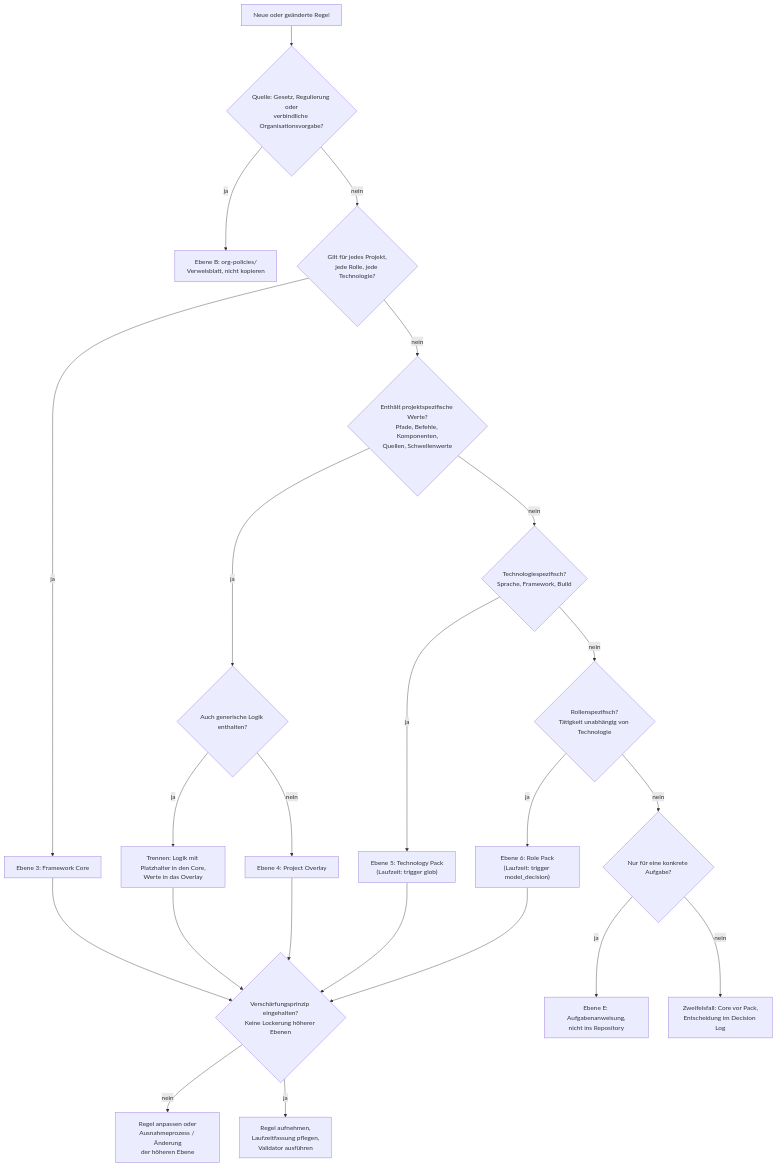
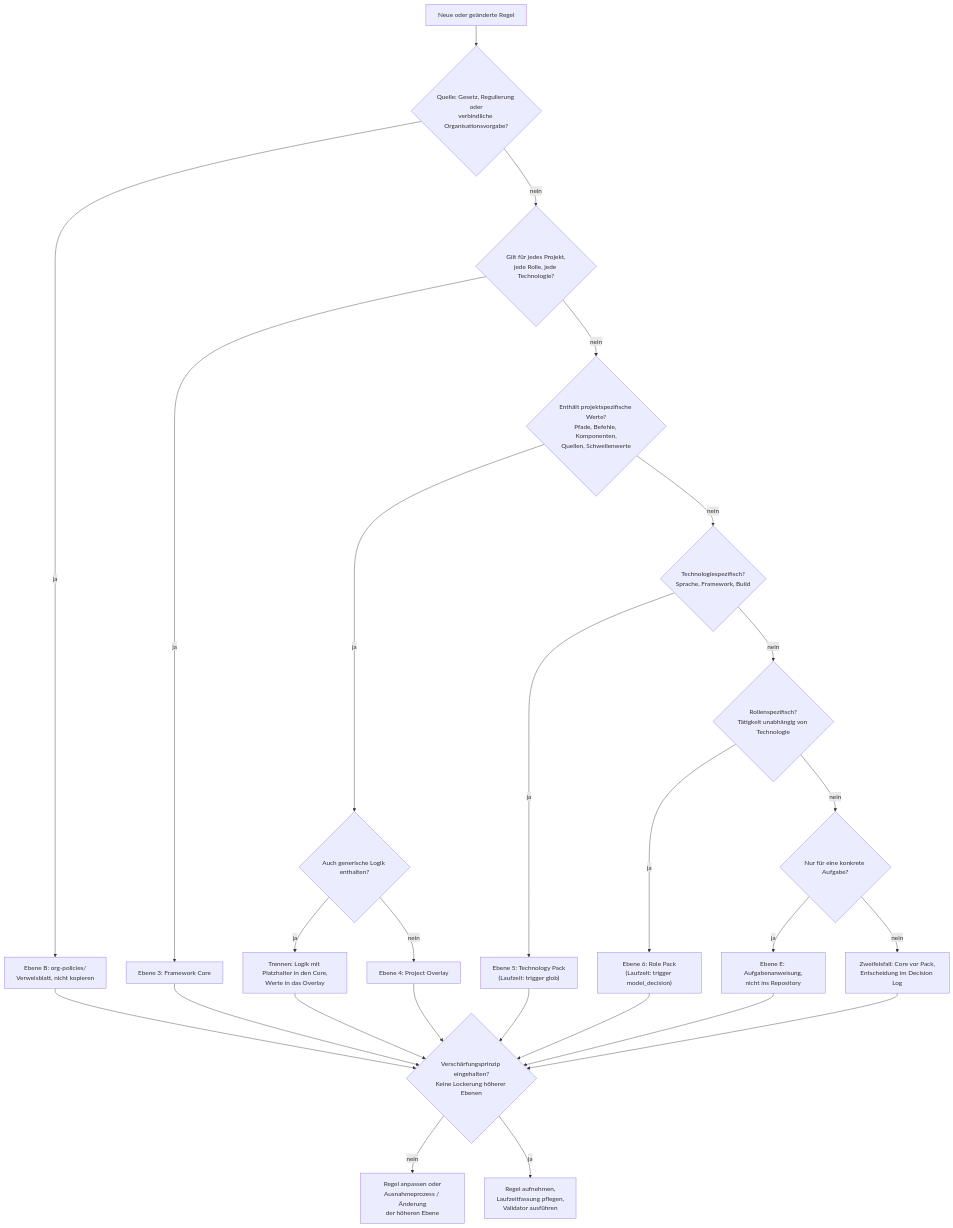
Before and after one commit to Renoxar/koolie: the diagram in .koolie/core/decision-trees/06-rule-placement.md, drawn with Mermaid. The commit also changed other lines of this file and 78 other files, not shown here.

````diff
--- a/.koolie/core/decision-trees/06-rule-placement.md
+++ b/.koolie/core/decision-trees/06-rule-placement.md
@@ -25,25 +25,28 @@
 ```mermaid
 flowchart TD
     A["Neue oder geänderte Regel"] --> B{"Quelle: Gesetz, Regulierung oder<br/>verbindliche Organisationsvorgabe?"}
     B -- "ja" --> L1["Ebene B: org-policies/<br/>Verweisblatt, nicht kopieren"]
     B -- "nein" --> C{"Gilt für jedes Projekt,<br/>jede Rolle, jede Technologie?"}
     C -- "ja" --> L2["Ebene 3: Framework Core"]
     C -- "nein" --> D{"Enthält projektspezifische Werte?<br/>Pfade, Befehle, Komponenten,<br/>Quellen, Schwellenwerte"}
     D -- "ja" --> E{"Auch generische Logik enthalten?"}
     E -- "ja" --> L3["Trennen: Logik mit Platzhalter in den Core,<br/>Werte in das Overlay"]
     E -- "nein" --> L4["Ebene 4: Project Overlay"]
     D -- "nein" --> F{"Technologiespezifisch?<br/>Sprache, Framework, Build"}
     F -- "ja" --> L5["Ebene 5: Technology Pack<br/>(Laufzeit: trigger glob)"]
     F -- "nein" --> G{"Rollenspezifisch?<br/>Tätigkeit unabhängig von Technologie"}
     G -- "ja" --> L6["Ebene 6: Role Pack<br/>(Laufzeit: trigger model_decision)"]
     G -- "nein" --> H{"Nur für eine konkrete Aufgabe?"}
     H -- "ja" --> L7["Ebene E: Aufgabenanweisung,<br/>nicht ins Repository"]
     H -- "nein" --> L8["Zweifelsfall: Core vor Pack,<br/>Entscheidung im Decision Log"]
     L2 --> V{"Verschärfungsprinzip eingehalten?<br/>Keine Lockerung höherer Ebenen"}
     L3 --> V
     L4 --> V
     L5 --> V
     L6 --> V
+    L1 --> V
+    L7 --> V
+    L8 --> V
     V -- "nein" --> X["Regel anpassen oder<br/>Ausnahmeprozess / Änderung<br/>der höheren Ebene"]
     V -- "ja" --> OK["Regel aufnehmen,<br/>Laufzeitfassung pflegen,<br/>Validator ausführen"]
 ```
````
